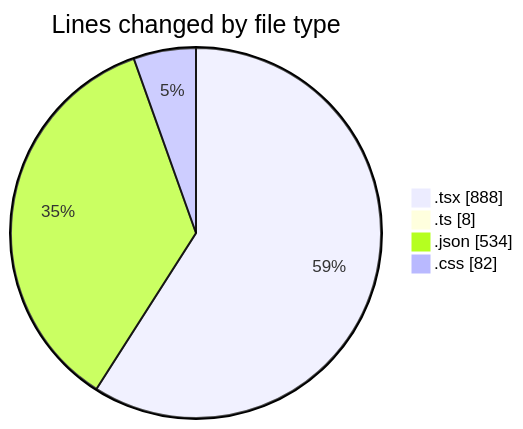
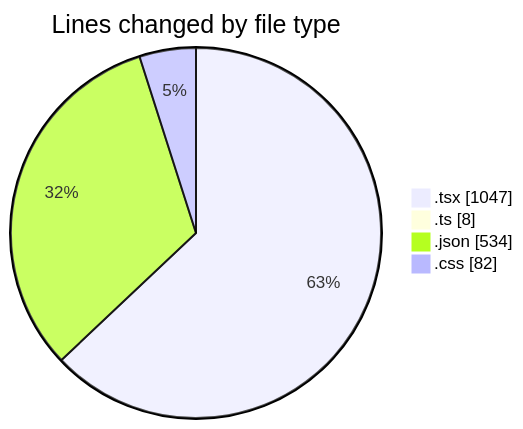
One commit to EIIisD/code-tracking changed the first of 2 diagrams in 2025-08-02/tw-server/README.md. Above: the diagram before and after it, drawn with Mermaid. The commit also changed other lines of this file and 1 other file, not shown here.

````diff
--- a/2025-08-02/tw-server/README.md
+++ b/2025-08-02/tw-server/README.md
@@ -25,8 +25,8 @@
 ```mermaid
 pie showData
 title Lines changed by file type
-".tsx" : 888
+".tsx" : 1047
 ".ts" : 8
 ".json" : 534
 ".css" : 82
 ```
````
